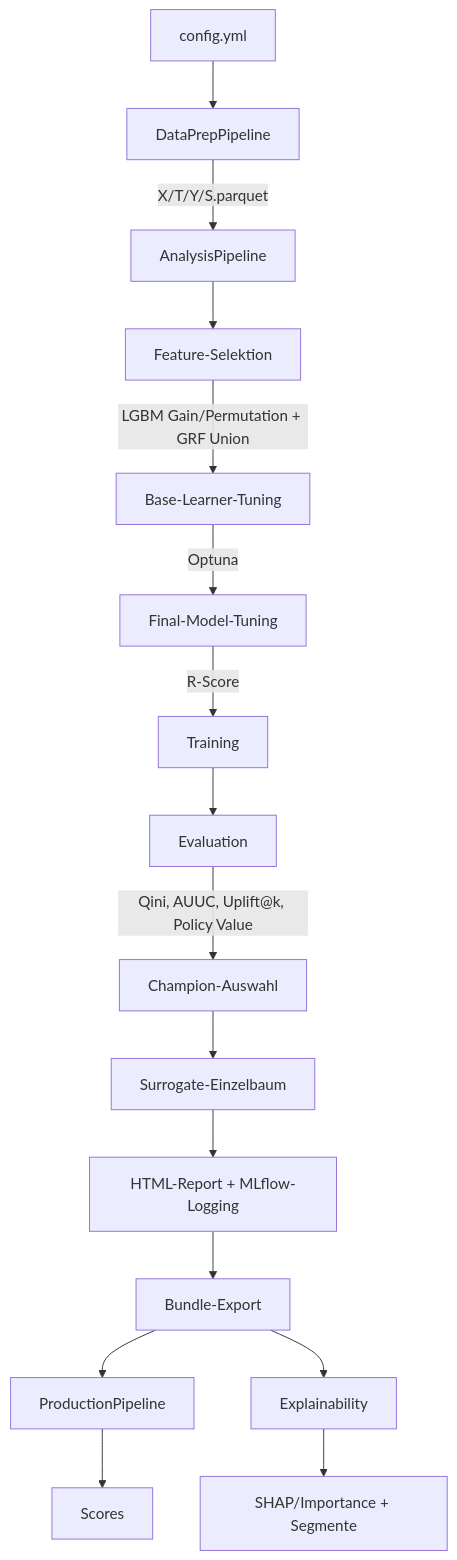
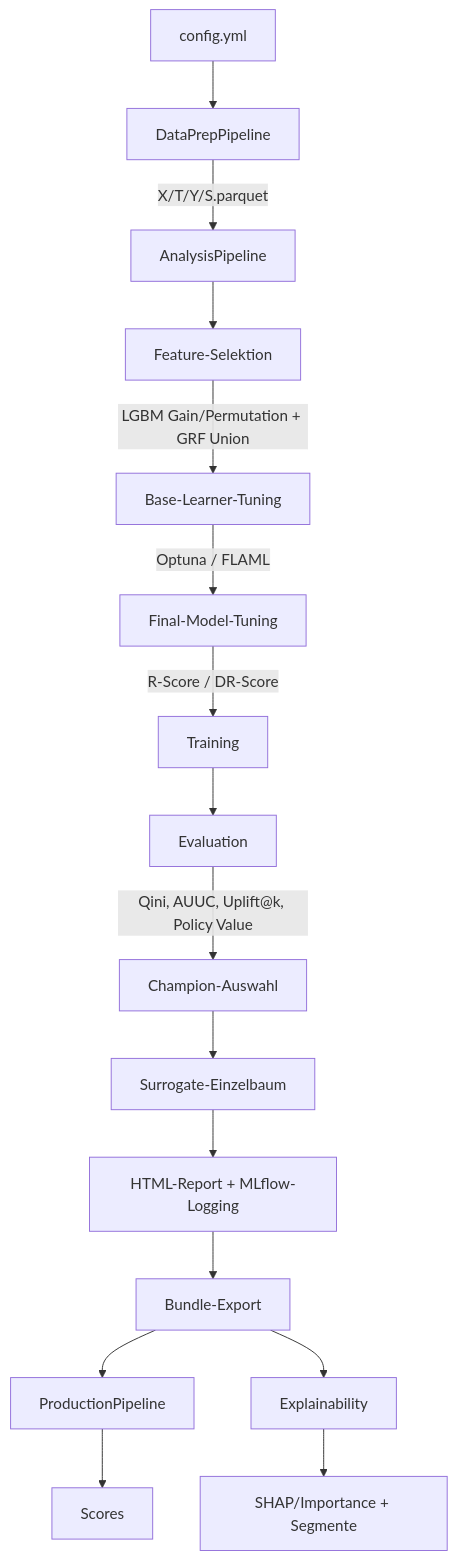
Before and after one commit to lh1808/rambo: the diagram in rubinyo/docs/architektur.md, drawn with Mermaid. The commit also changed other lines of this file and 28 other files, not shown here.

````diff
--- a/rubinyo/docs/architektur.md
+++ b/rubinyo/docs/architektur.md
@@ -13,20 +13,20 @@
 ```mermaid
 flowchart TD
     A[config.yml] --> B[DataPrepPipeline]
     B -->|X/T/Y/S.parquet| D[AnalysisPipeline]
 
     D --> D1[Feature-Selektion]
     D1 -->|LGBM Gain/Permutation + GRF Union| D2[Base-Learner-Tuning]
-    D2 -->|Optuna| D3[Final-Model-Tuning]
-    D3 -->|R-Score| D4[Training]
+    D2 -->|Optuna / FLAML| D3[Final-Model-Tuning]
+    D3 -->|R-Score / DR-Score| D4[Training]
     D4 --> D5[Evaluation]
     D5 -->|Qini, AUUC, Uplift@k, Policy Value| D6[Champion-Auswahl]
     D6 --> D7[Surrogate-Einzelbaum]
     D7 --> D8[HTML-Report + MLflow-Logging]
     D8 --> D9[Bundle-Export]
 
     D9 --> P[ProductionPipeline]
     D9 --> E[Explainability]
     P --> S[Scores]
     E --> R[SHAP/Importance + Segmente]
 ```
````
